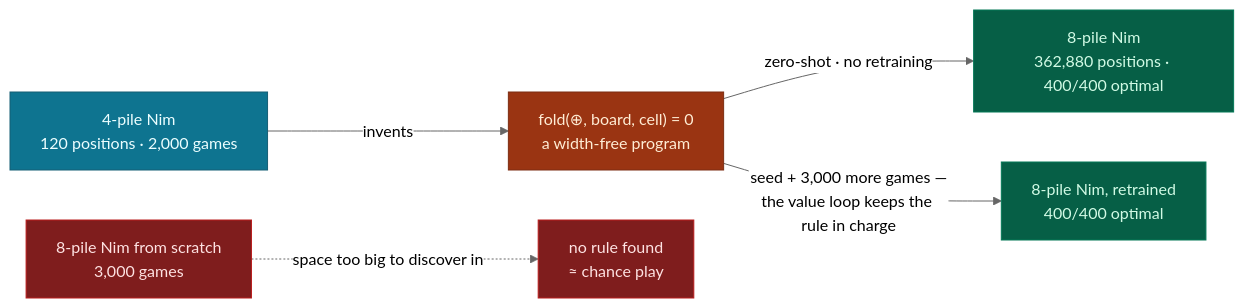
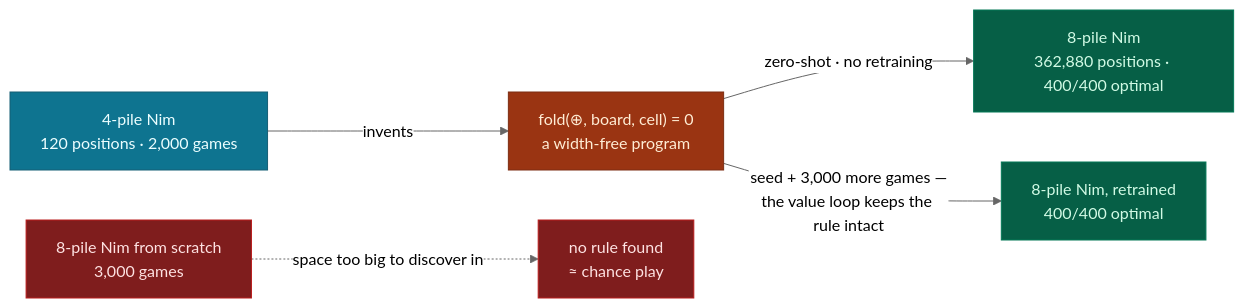
One commit to MatheweB/WiseExplorer changed the first of 9 diagrams in README.md. Above: the diagram before and after it, drawn with Mermaid (neutral theme). The commit also changed other lines of this file and 3 other files, not shown here.

````diff
--- a/README.md
+++ b/README.md
@@ -54,15 +54,15 @@
 ```mermaid
 flowchart LR
     classDef small fill:#0e7490,stroke:#155e75,color:#ecfeff
     classDef prog  fill:#9a3412,stroke:#7c2d12,color:#ffedd5
     classDef big   fill:#065f46,stroke:#047857,color:#d1fae5
     classDef fail  fill:#7f1d1d,stroke:#b91c1c,color:#fee2e2
     A["4-pile Nim<br/>120 positions · 2,000 games"] -->|"invents"| P["fold(⊕, board, cell) = 0<br/>a width-free program"]
     P -->|"zero-shot · no retraining"| B["8-pile Nim<br/>362,880 positions · 400/400 optimal"]
-    P -->|"seed + 3,000 more games —<br/>the value loop keeps the rule in charge"| B2["8-pile Nim, retrained<br/>400/400 optimal"]
+    P -->|"seed + 3,000 more games —<br/>the value loop keeps the rule intact"| B2["8-pile Nim, retrained<br/>400/400 optimal"]
     S["8-pile Nim from scratch<br/>3,000 games"] -.->|"space too big to discover in"| F["no rule found<br/>≈ chance play"]
     class A small
     class P prog
     class B,B2 big
     class S,F fail
 ```
````
